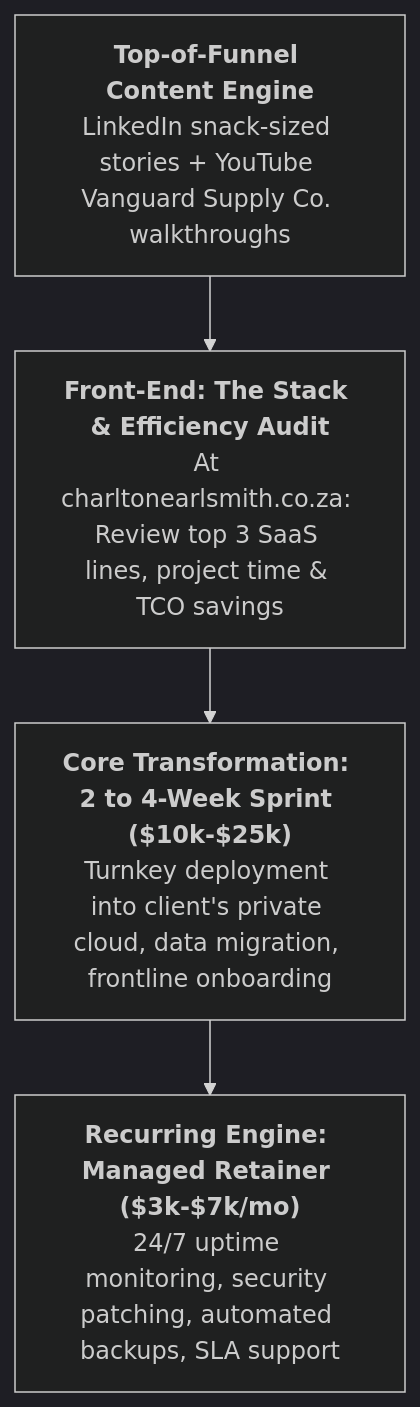
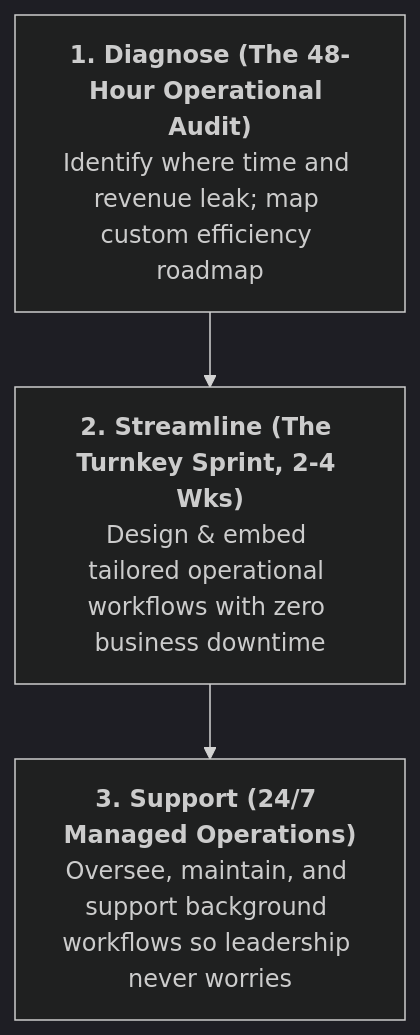
The second of 2 diagrams in STRATEGY.md (charltonsmithfde-debug/opensourcetransformation), drawn with Mermaid (dark theme) before and after one commit. The commit also changed other lines of this file and 4 other files, not shown here.

````diff
--- a/STRATEGY.md
+++ b/STRATEGY.md
@@ -72,6 +57,5 @@
 ```mermaid
 graph TD
-    A["<b>Top-of-Funnel Content Engine</b><br>LinkedIn snack-sized stories + YouTube Vanguard Supply Co. walkthroughs"] --> B["<b>Front-End: The Stack & Efficiency Audit</b><br>At charltonearlsmith.co.za: Review top 3 SaaS lines, project time & TCO savings"]
-    B --> C["<b>Core Transformation: 2 to 4-Week Sprint ($10k-$25k)</b><br>Turnkey deployment into client's private cloud, data migration, frontline onboarding"]
-    C --> D["<b>Recurring Engine: Managed Retainer ($3k-$7k/mo)</b><br>24/7 uptime monitoring, security patching, automated backups, SLA support"]
+    A["<b>1. Diagnose (The 48-Hour Operational Audit)</b><br>Identify where time and revenue leak; map custom efficiency roadmap"] --> B["<b>2. Streamline (The Turnkey Sprint, 2-4 Wks)</b><br>Design & embed tailored operational workflows with zero business downtime"]
+    B --> C["<b>3. Support (24/7 Managed Operations)</b><br>Oversee, maintain, and support background workflows so leadership never worries"]
 ```
````
